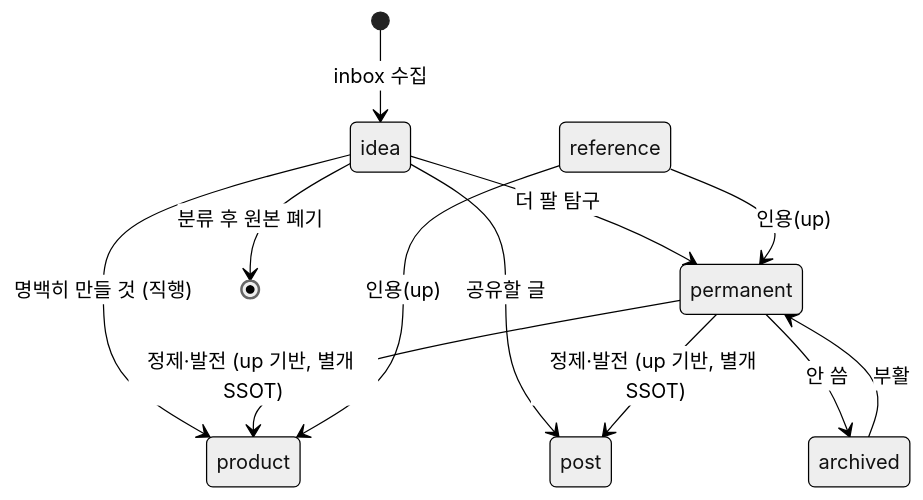
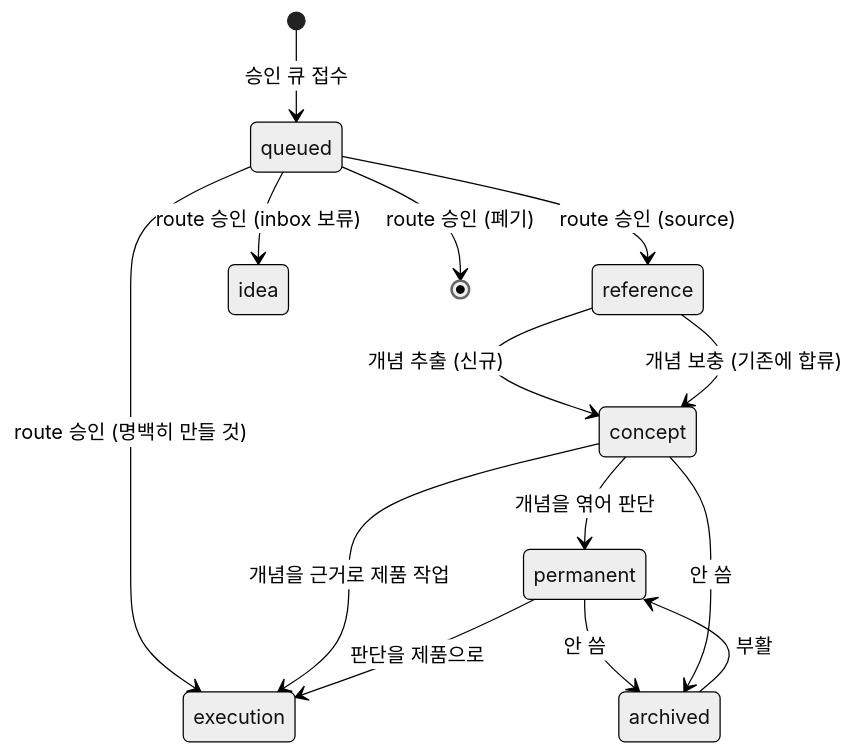
The diagram in products/kknaks-dev/20-spec/spec-003-knowledge-workflow.md (kknaks/kknaks_profile), drawn with Mermaid (neutral theme) before and after one commit. The commit also changed other lines of this file and 36 other files, not shown here.

First line of the commit message:
docs(kdev): inbox 승인 파이프라인 설계 — BL-003 · DEC-010~013 · SPEC 9건 · 40-architecture · WORK-012~015

````diff
--- a/products/kknaks-dev/20-spec/spec-003-knowledge-workflow.md
+++ b/products/kknaks-dev/20-spec/spec-003-knowledge-workflow.md
@@ -93,14 +122,16 @@
 ```mermaid
 stateDiagram-v2
-    [*] --> idea : inbox 수집
-    idea --> product : 명백히 만들 것 (직행)
-    idea --> permanent : 더 팔 탐구
-    idea --> post : 공유할 글
-    idea --> [*] : 분류 후 원본 폐기
-    permanent --> product : 정제·발전 (up 기반, 별개 SSOT)
-    permanent --> post : 정제·발전 (up 기반, 별개 SSOT)
+    [*] --> queued : 승인 큐 접수
+    queued --> reference : route 승인 (source)
+    queued --> idea : route 승인 (inbox 보류)
+    queued --> execution : route 승인 (명백히 만들 것)
+    queued --> [*] : route 승인 (폐기)
+    reference --> concept : 개념 추출 (신규)
+    reference --> concept : 개념 보충 (기존에 합류)
+    concept --> permanent : 개념을 엮어 판단
+    concept --> execution : 개념을 근거로 제품 작업
+    permanent --> execution : 판단을 제품으로
     permanent --> archived : 안 씀
+    concept --> archived : 안 씀
     archived --> permanent : 부활
-    reference --> permanent : 인용(up)
-    reference --> product : 인용(up)
 ```
````
